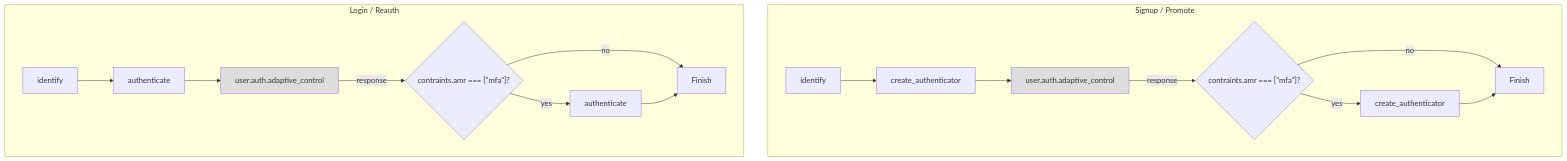
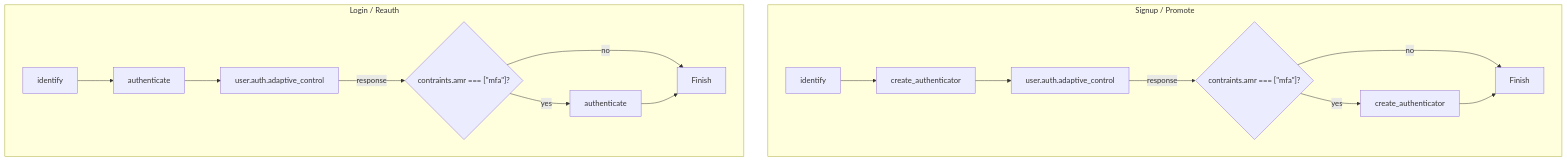
Before and after one commit to authgear/authgear-server: the second of 5 diagrams in docs/specs/event.md, drawn with Mermaid. The commit also changed other lines of this file, not shown here.

Commit message:
Add some colors to the diagram

````diff
--- a/docs/specs/event.md
+++ b/docs/specs/event.md
@@ -287,33 +287,33 @@
 ```mermaid
 flowchart TD
  subgraph Signup["Signup / Promote"]
         signup_create_authenticator["create_authenticator"]
         signup_create_authenticator_2fa["create_authenticator"]
         signup_identify["identify"]
-        signup_adaptive_control[user.auth.adaptive_control]:::event
+        signup_adaptive_control[user.auth.adaptive_control]:::blockingEvent
         signup_contraints@{ shape: diamond, label: "contraints.amr === [\"mfa\"]?" }
         signup_finish["Finish"]
   end
     signup_identify --> signup_create_authenticator
     signup_create_authenticator --> signup_adaptive_control
     signup_adaptive_control -- "response" --> signup_contraints
     signup_contraints -- "yes" --> signup_create_authenticator_2fa
     signup_contraints -- "no" --> signup_finish
     signup_create_authenticator_2fa --> signup_finish
   subgraph Login["Login / Reauth"]
         login_authenticate["authenticate"]
         login_authenticate_2fa["authenticate"]
         login_identify["identify"]
-        login_adaptive_control[user.auth.adaptive_control]:::event
+        login_adaptive_control[user.auth.adaptive_control]:::blockingEvent
         login_contraints@{ shape: diamond, label: "contraints.amr === [\"mfa\"]?" }
         login_finish["Finish"]
   end
     login_identify --> login_authenticate
     login_authenticate --> login_adaptive_control
     login_adaptive_control -- "response" --> login_contraints
     login_contraints -- "yes" --> login_authenticate_2fa
     login_contraints -- "no" --> login_finish
     login_authenticate_2fa --> login_finish
     
   classDef event fill:#dddddd
 ```
````
